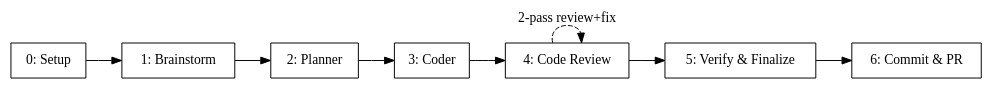
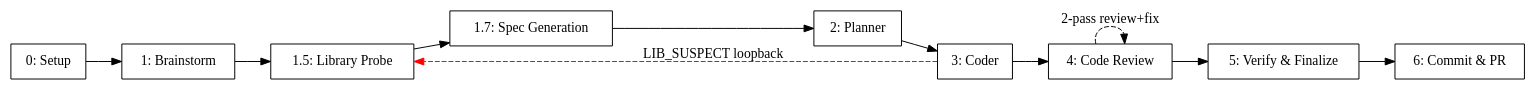
The diagram in skills/orchestrate/SKILL.md (vertexcover-io/harness-engineering), drawn with Graphviz before and after one commit. The commit also changed other lines of this file and 6 other files, not shown here.

````diff
--- a/skills/orchestrate/SKILL.md
+++ b/skills/orchestrate/SKILL.md
@@ -169,18 +174,21 @@
 ```dot
 digraph pipeline {
   rankdir=LR
   node [shape=box]
 
   stage_0 [label="0: Setup"]
   stage_1 [label="1: Brainstorm"]
+  stage_15 [label="1.5: Library Probe"]
+  stage_17 [label="1.7: Spec Generation"]
   stage_2 [label="2: Planner"]
   stage_3 [label="3: Coder"]
   stage_4 [label="4: Code Review"]
   stage_5 [label="5: Verify & Finalize"]
   stage_6 [label="6: Commit & PR"]
 
-  stage_0 -> stage_1 -> stage_2 -> stage_3
+  stage_0 -> stage_1 -> stage_15 -> stage_17 -> stage_2 -> stage_3
   stage_3 -> stage_4 -> stage_5 -> stage_6
   stage_4 -> stage_4 [label="2-pass review+fix" style=dashed]
+  stage_3 -> stage_15 [label="LIB_SUSPECT loopback" style=dashed color=red]
 }
 ```
````
